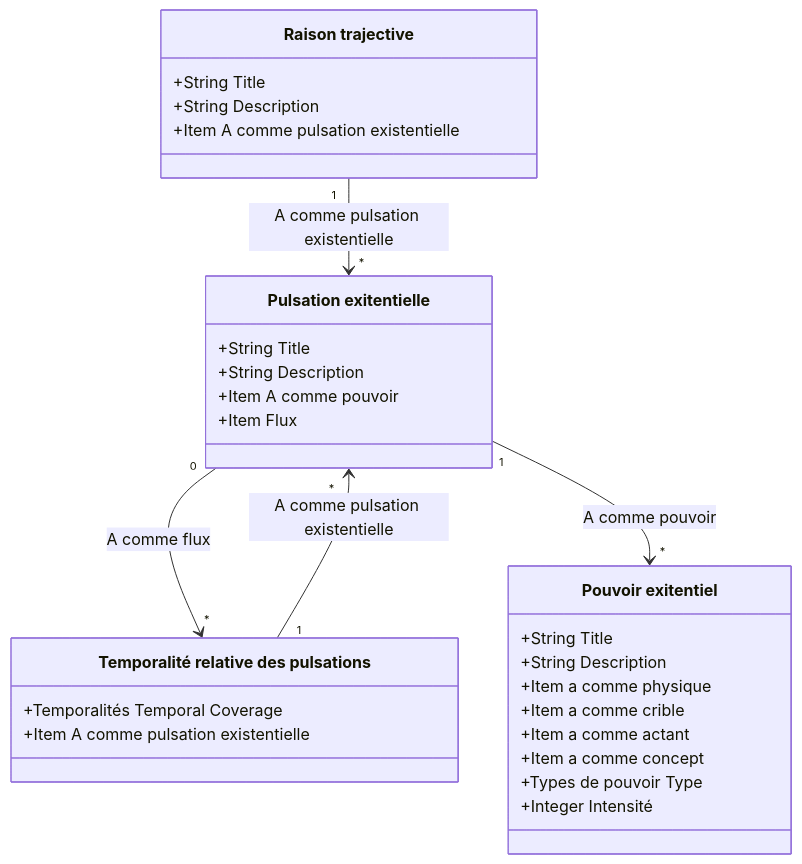
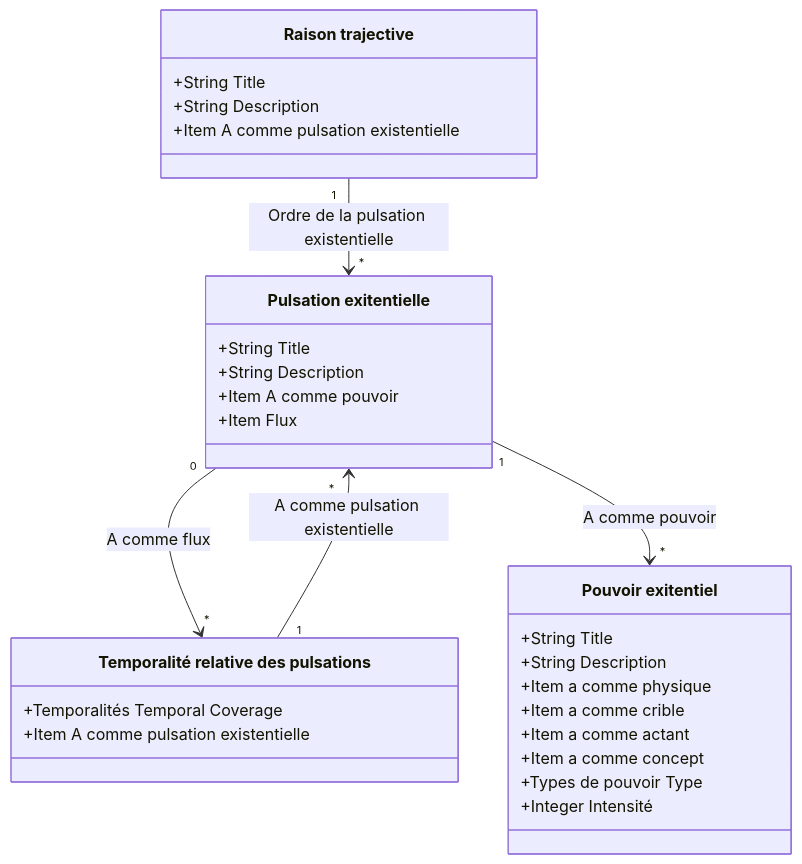
The diagram in intelligibilite-numerique/4emeParadigme/article_complet.qmd (samszo/publications), drawn with Mermaid before and after one commit. The commit also changed other lines of this file and 6 other files, not shown here.

````diff
--- a/intelligibilite-numerique/4emeParadigme/article_complet.qmd
+++ b/intelligibilite-numerique/4emeParadigme/article_complet.qmd
@@ -85,32 +90,32 @@
 ```{mermaid}
 classDiagram
 class Pouvoir["Pouvoir exitentiel"] {
     +String Title
     +String Description
     +Item a comme physique
     +Item a comme crible
     +Item a comme actant
     +Item a comme concept
     +Types de pouvoir Type
     +Integer Intensité
 }
 class pulsationExistentielle["Pulsation exitentielle"] {
     +String Title
     +String Description
     +Item A comme pouvoir
     +Item Flux
 }
 class raisonTrajective["Raison trajective"] {
     +String Title
     +String Description
     +Item A comme pulsation existentielle
 }
 class Temporalitérelativedespulsations["Temporalité relative des pulsations"] {
     +Temporalités Temporal Coverage
     +Item A comme pulsation existentielle
 }
-raisonTrajective "1" --> "*" pulsationExistentielle : A comme pulsation existentielle
+raisonTrajective "1" --> "*" pulsationExistentielle : Ordre de la pulsation existentielle
 pulsationExistentielle "0" --> "*" Temporalitérelativedespulsations : A comme flux
 pulsationExistentielle "1" --> "*" Pouvoir : A comme pouvoir
 Temporalitérelativedespulsations "1" --> "*" pulsationExistentielle  : A comme pulsation existentielle
 ```
````
